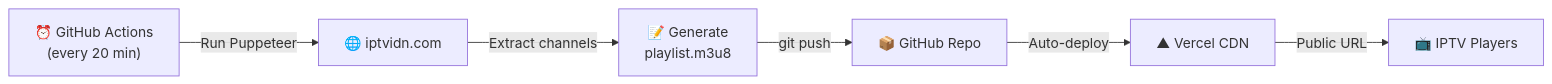
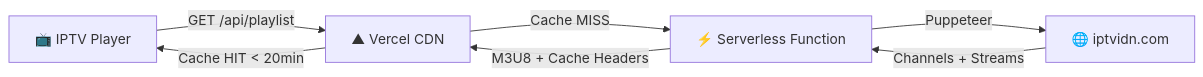
One commit to tahsinulmohsin/iptvidn-playlist changed the diagram in README.md. Above: the diagram before and after it, drawn with Mermaid. The commit also changed other lines of this file and 9 other files, not shown here.

Commit message:
🔄 Migrate to Vercel Serverless Functions — replace GitHub Actions cron with on-demand scraping + CDN cache (s-maxage=1200)

````diff
--- a/README.md
+++ b/README.md
@@ -57,8 +57,9 @@
 ```mermaid
 flowchart LR
-    A["⏰ GitHub Actions\n(every 20 min)"] -->|Run Puppeteer| B["🌐 iptvidn.com"]
-    B -->|Extract channels| C["📝 Generate\nplaylist.m3u8"]
-    C -->|git push| D["📦 GitHub Repo"]
-    D -->|Auto-deploy| E["▲ Vercel CDN"]
-    E -->|Public URL| F["📺 IPTV Players"]
+    A["📺 IPTV Player"] -->|GET /api/playlist| B["▲ Vercel CDN"]
+    B -->|Cache HIT < 20min| A
+    B -->|Cache MISS| C["⚡ Serverless Function"]
+    C -->|Puppeteer| D["🌐 iptvidn.com"]
+    D -->|Channels + Streams| C
+    C -->|M3U8 + Cache Headers| B
 ```
````
